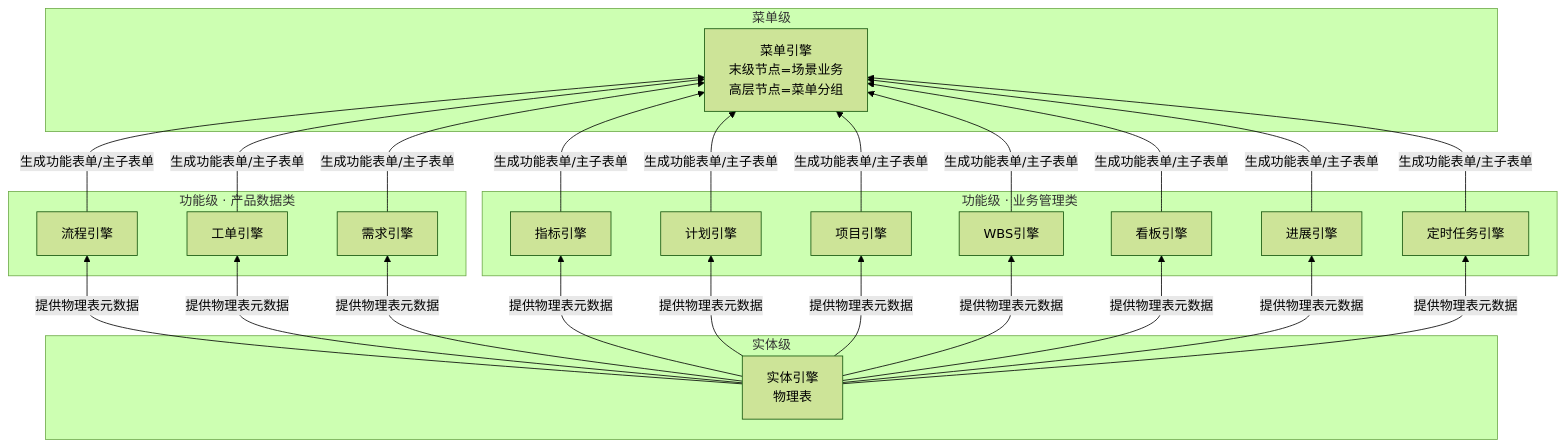
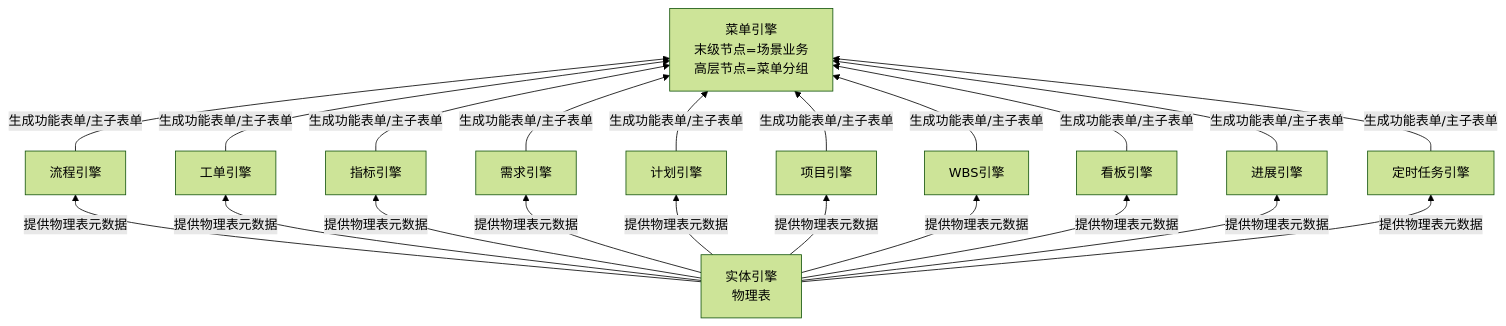
The diagram in 20-pl4eos/10-pl4eos-subpl-sysdev/10-wfsysdev-4-eos/91-eos-biz-eng-spec.md (Yongjunzhou/AOS-system-design), drawn with Mermaid (forest theme) before and after one commit.

Commit message:
fix(91-spec): §2.2 Mermaid图去掉所有subgraph，纯节点+边+注释分组，彻底解决切换视图渲染丢失

````diff
--- a/20-pl4eos/10-pl4eos-subpl-sysdev/10-wfsysdev-4-eos/91-eos-biz-eng-spec.md
+++ b/20-pl4eos/10-pl4eos-subpl-sysdev/10-wfsysdev-4-eos/91-eos-biz-eng-spec.md
@@ -127,43 +127,41 @@
 ```mermaid
 flowchart BT
-  subgraph EL3["实体级"]
-    ENTITY[实体引擎<br/>物理表]
-  end
-  subgraph EL2a["功能级 · 产品数据类"]
-    REQ[需求引擎]
-    FLOW[流程引擎]
-    WO[工单引擎]
-  end
-  subgraph EL2b["功能级 · 业务管理类"]
-    PROJ[项目引擎]
-    WBS[WBS引擎]
-    TASK[计划引擎]
-    KANBAN[看板引擎]
-    IND[指标引擎]
-    PROG[进展引擎]
-    SCH[定时任务引擎]
-  end
-  subgraph EL1["菜单级"]
-    MENU[菜单引擎<br/>末级节点=场景业务<br/>高层节点=菜单分组]
-  end
+  %% 实体级
+  ENTITY[实体引擎<br/>物理表]
+  %% 功能级 · 产品数据类
+  REQ[需求引擎]
+  FLOW[流程引擎]
+  WO[工单引擎]
+  %% 功能级 · 业务管理类
+  PROJ[项目引擎]
+  WBS[WBS引擎]
+  TASK[计划引擎]
+  KANBAN[看板引擎]
+  IND[指标引擎]
+  PROG[进展引擎]
+  SCH[定时任务引擎]
+  %% 菜单级
+  MENU[菜单引擎<br/>末级节点=场景业务<br/>高层节点=菜单分组]
+  %% 实体→功能引擎
   ENTITY -->|提供物理表元数据| FLOW
   ENTITY -->|提供物理表元数据| WO
   ENTITY -->|提供物理表元数据| REQ
   ENTITY -->|提供物理表元数据| IND
   ENTITY -->|提供物理表元数据| TASK
   ENTITY -->|提供物理表元数据| PROJ
   ENTITY -->|提供物理表元数据| WBS
   ENTITY -->|提供物理表元数据| KANBAN
   ENTITY -->|提供物理表元数据| PROG
   ENTITY -->|提供物理表元数据| SCH
+  %% 功能引擎→菜单引擎
   FLOW -->|生成功能表单/主子表单| MENU
   WO -->|生成功能表单/主子表单| MENU
   IND -->|生成功能表单/主子表单| MENU
   REQ -->|生成功能表单/主子表单| MENU
   TASK -->|生成功能表单/主子表单| MENU
   PROJ -->|生成功能表单/主子表单| MENU
   WBS -->|生成功能表单/主子表单| MENU
   KANBAN -->|生成功能表单/主子表单| MENU
   PROG -->|生成功能表单/主子表单| MENU
   SCH -->|生成功能表单/主子表单| MENU
 ```
````
